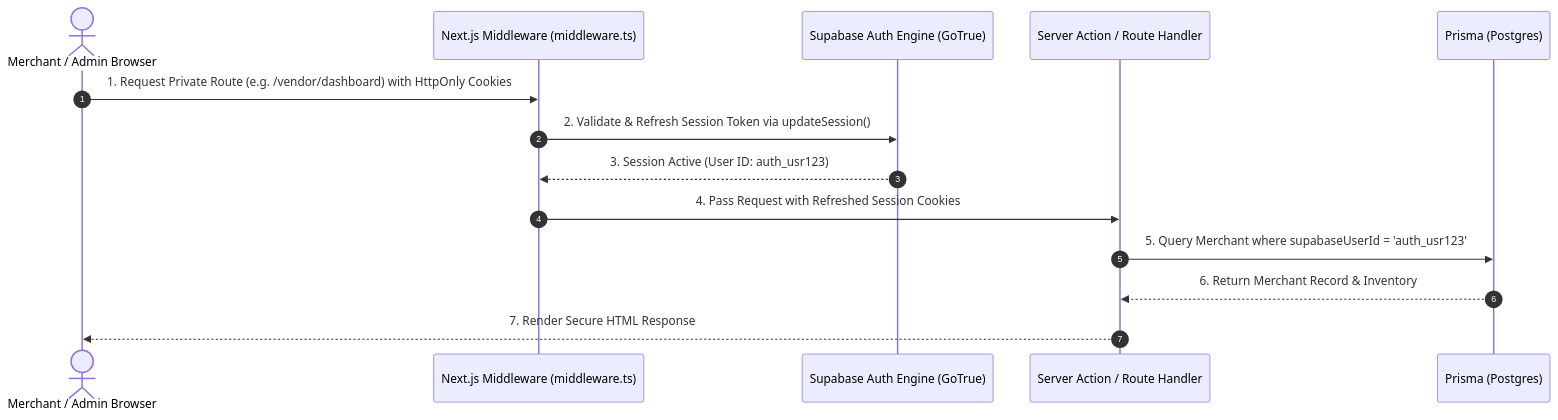
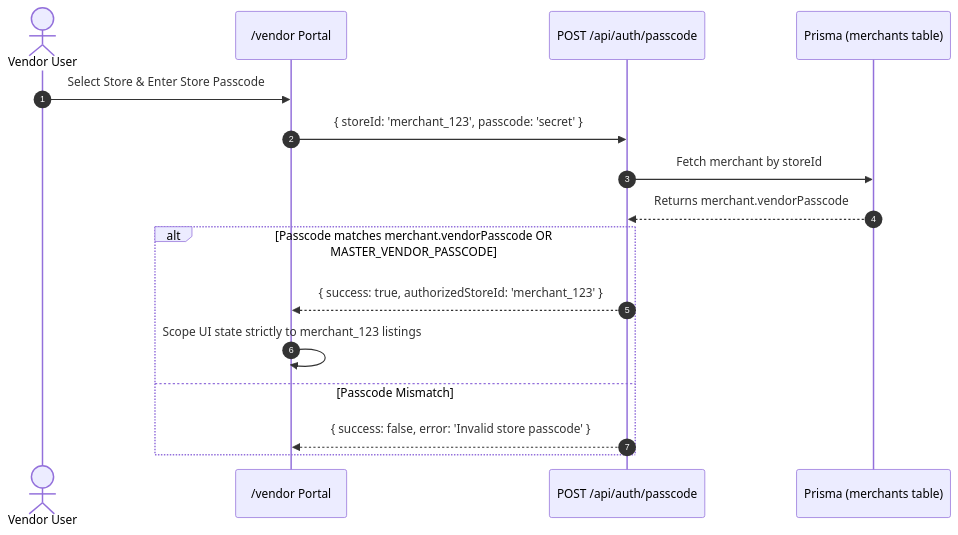
One commit to Prodman-MU/dropshipping-marketplace changed the second of 2 diagrams in docs/ARCHITECTURE.md. Above: the diagram before and after it, drawn with Mermaid. The commit also changed other lines of this file and 4 other files, not shown here.

````diff
--- a/docs/ARCHITECTURE.md
+++ b/docs/ARCHITECTURE.md
@@ -204,17 +106,19 @@
 ```mermaid
 sequenceDiagram
     autonumber
-    actor User as Merchant / Admin Browser
-    participant MW as Next.js Middleware (middleware.ts)
-    participant Auth as Supabase Auth Engine (GoTrue)
-    participant Handler as Server Action / Route Handler
-    participant DB as Prisma (Postgres)
+    actor Vendor as Vendor User
+    participant UI as /vendor Portal
+    participant API as POST /api/auth/passcode
+    participant DB as Prisma (merchants table)
 
-    User->>MW: 1. Request Private Route (e.g. /vendor/dashboard) with HttpOnly Cookies
-    MW->>Auth: 2. Validate & Refresh Session Token via updateSession()
-    Auth-->>MW: 3. Session Active (User ID: auth_usr123)
-    MW->>Handler: 4. Pass Request with Refreshed Session Cookies
-    Handler->>DB: 5. Query Merchant where supabaseUserId = 'auth_usr123'
-    DB-->>Handler: 6. Return Merchant Record & Inventory
-    Handler-->>User: 7. Render Secure HTML Response
+    Vendor->>UI: Select Store & Enter Store Passcode
+    UI->>API: { storeId: 'merchant_123', passcode: 'secret' }
+    API->>DB: Fetch merchant by storeId
+    DB-->>API: Returns merchant.vendorPasscode
+    alt Passcode matches merchant.vendorPasscode OR MASTER_VENDOR_PASSCODE
+        API-->>UI: { success: true, authorizedStoreId: 'merchant_123' }
+        UI->>UI: Scope UI state strictly to merchant_123 listings
+    else Passcode Mismatch
+        API-->>UI: { success: false, error: 'Invalid store passcode' }
+    end
 ```
````
